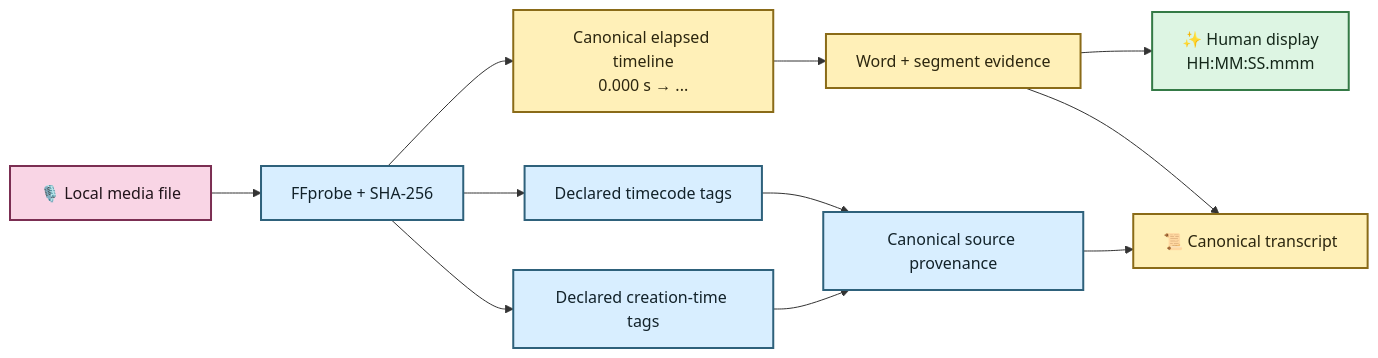
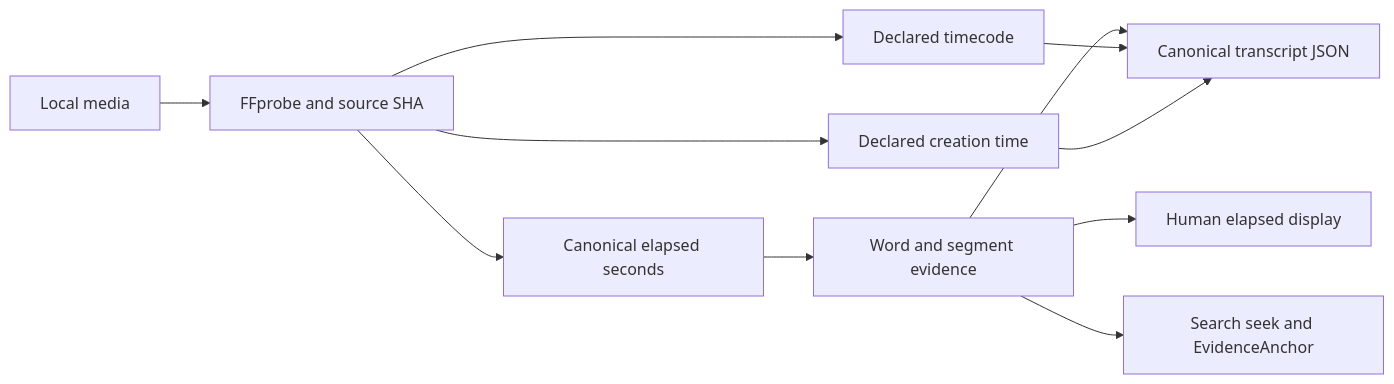
One commit to SSD1805/EchoFlow changed the first of 2 diagrams in docs/architecture/media-and-timeline.md. Above: the diagram before and after it, drawn with Mermaid. The commit also changed other lines of this file, not shown here.

Commit message:
docs: align media timeline with durable note anchors

````diff
--- a/docs/architecture/media-and-timeline.md
+++ b/docs/architecture/media-and-timeline.md
@@ -48,23 +48,13 @@
 ```mermaid
 flowchart LR
-    A[🎙️ Local media file] --> B[FFprobe + SHA-256]
-    B --> R[Canonical elapsed timeline<br/>0.000 s → ...]
-    B --> T[Declared timecode tags]
-    B --> C[Declared creation-time tags]
-    R --> W[Word + segment evidence]
-    W --> H[✨ Human display<br/>HH:MM:SS.mmm]
-    T --> P[Canonical source provenance]
-    C --> P
-    W --> X[📜 Canonical transcript]
-    P --> X
-
-    classDef source fill:#F9D5E5,stroke:#7B2E52,stroke-width:2px,color:#22151B
-    classDef canonical fill:#FFF0B8,stroke:#8A6B18,stroke-width:2px,color:#2C260F
-    classDef provenance fill:#D8EEFF,stroke:#2E617B,stroke-width:2px,color:#12222A
-    classDef view fill:#DDF5E3,stroke:#347A46,stroke-width:2px,color:#142719
-
-    class A source
-    class R,W,X canonical
-    class B,T,C,P provenance
-    class H view
+    A[Local media] --> B[FFprobe and source SHA]
+    B --> C[Canonical elapsed seconds]
+    B --> D[Declared timecode]
+    B --> E[Declared creation time]
+    C --> F[Word and segment evidence]
+    F --> G[Canonical transcript JSON]
+    D --> G
+    E --> G
+    F --> H[Human elapsed display]
+    F --> I[Search seek and EvidenceAnchor]
 ```
````
